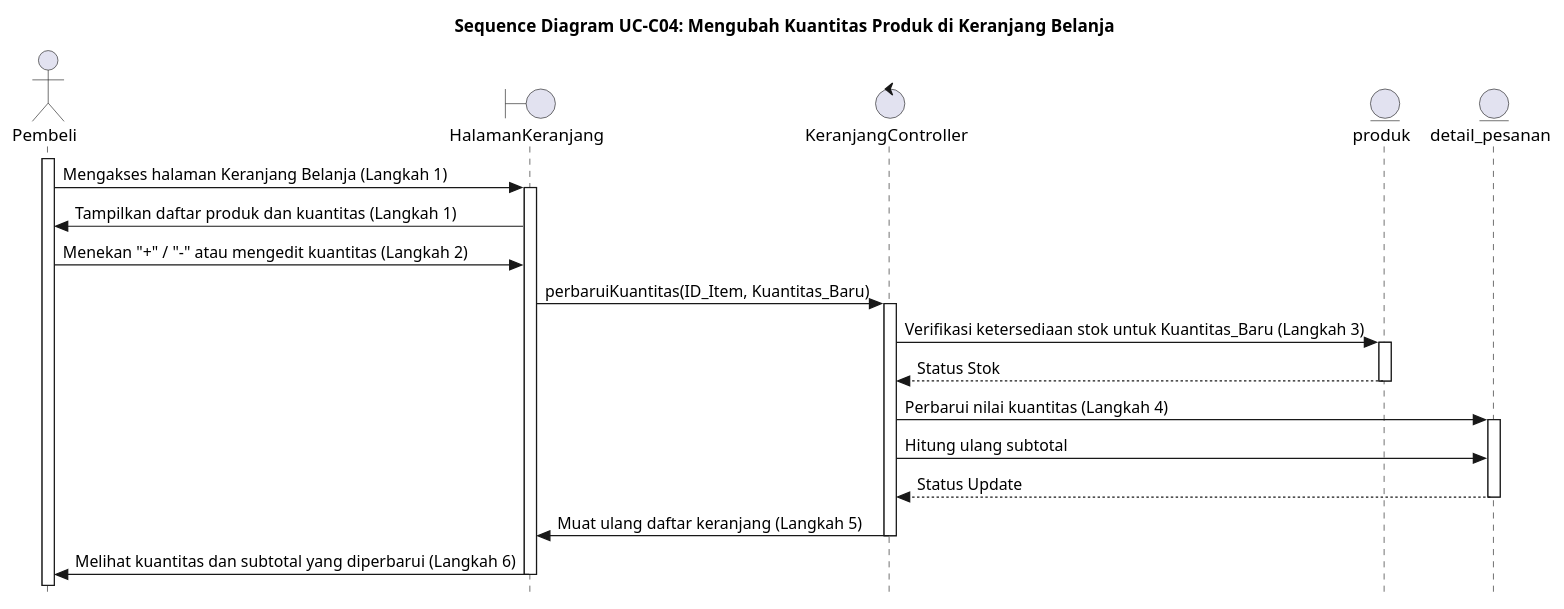
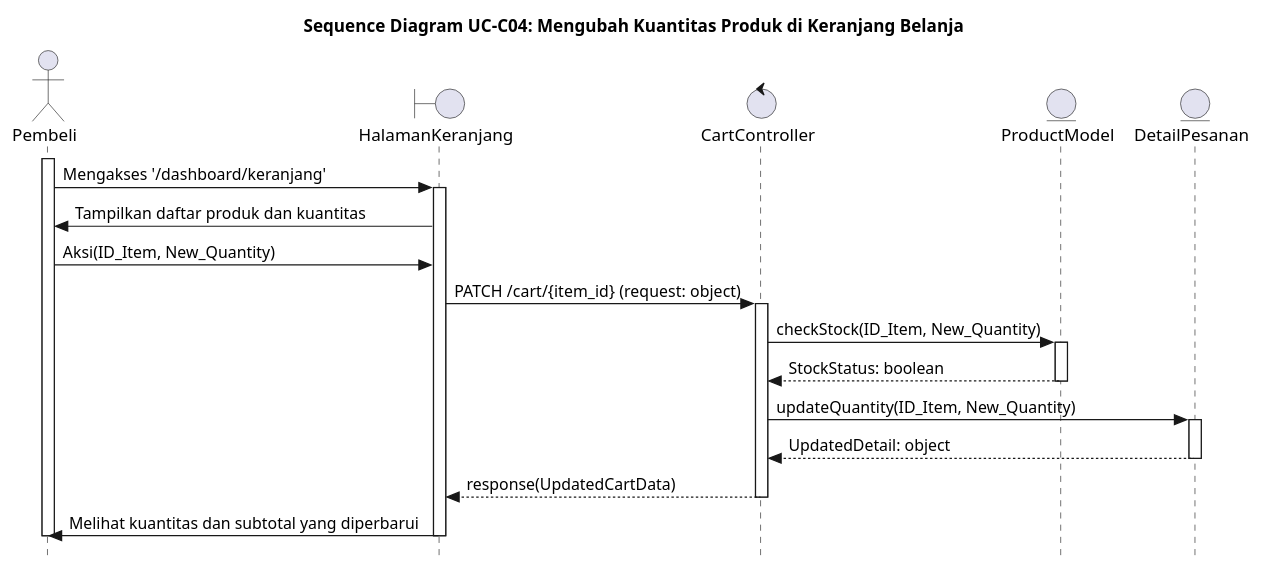
One commit to alfiahnurfa/RSI-PROYEK-AKHIR-SEQUENCE changed the diagram in UC-C04.PUML. Above: the diagram before and after it, drawn with PlantUML. The commit also changed 60 other files, not shown here.

```diff
--- a/UC-C04.PUML
+++ b/UC-C04.PUML
@@ -1,62 +1,38 @@
 @startuml SD-UC-C04_UbahKuantitas
 title Sequence Diagram UC-C04: Mengubah Kuantitas Produk di Keranjang Belanja
 skinparam style strictuml
 
 actor Pembeli
 boundary HalamanKeranjang
-control KeranjangController
-entity produk
-entity detail_pesanan
-' box "Sistem Inventaris & Transaksi"
-'     participant HalamanKeranjang
-'     participant KeranjangController
-' end box
+control CartController
+entity ProductModel
+entity DetailPesanan
 
 activate Pembeli
-Pembeli -> HalamanKeranjang : Mengakses halaman Keranjang Belanja (Langkah 1)
+Pembeli -> HalamanKeranjang : Mengakses '/dashboard/keranjang'
 activate HalamanKeranjang
-HalamanKeranjang -> Pembeli : Tampilkan daftar produk dan kuantitas (Langkah 1)
+HalamanKeranjang -> Pembeli : Tampilkan daftar produk dan kuantitas
 
-Pembeli -> HalamanKeranjang : Menekan "+" / "-" atau mengedit kuantitas (Langkah 2)
+Pembeli -> HalamanKeranjang : Aksi(ID_Item, New_Quantity)
 
-HalamanKeranjang -> KeranjangController : perbaruiKuantitas(ID_Item, Kuantitas_Baru)
-activate KeranjangController
+HalamanKeranjang -> CartController : PATCH /cart/{item_id} (request: object)
+activate CartController
 
-KeranjangController -> produk : Verifikasi ketersediaan stok untuk Kuantitas_Baru (Langkah 3)
-activate produk
-return Status Stok
+CartController -> ProductModel : checkStock(ID_Item, New_Quantity)
+activate ProductModel
+ProductModel --> CartController : StockStatus: boolean
+deactivate ProductModel
 
-KeranjangController -> detail_pesanan : Perbarui nilai kuantitas (Langkah 4)
-activate detail_pesanan
+CartController -> DetailPesanan : updateQuantity(ID_Item, New_Quantity)
+activate DetailPesanan
+DetailPesanan --> CartController : UpdatedDetail: object
+deactivate DetailPesanan
 
-KeranjangController -> detail_pesanan : Hitung ulang subtotal
+CartController --> HalamanKeranjang : response(UpdatedCartData)
+deactivate CartController
 
-detail_pesanan --> KeranjangController : Status Update
-deactivate detail_pesanan
-
-KeranjangController -> HalamanKeranjang : Muat ulang daftar keranjang (Langkah 5)
-deactivate KeranjangController
-
-HalamanKeranjang -> Pembeli : Melihat kuantitas dan subtotal yang diperbarui (Langkah 6)
-    
-' alt Stok Tidak Mencukupi (Alternative Flow 3.a)
-'     note over KeranjangController
-'         Kuantitas baru > Stok tersedia
-'     end note
-'     KeranjangController -> HalamanKeranjang : Tampilkan notifikasi("Gagal: Stok Produk Tidak Mencukupi.") (Langkah 4.a)
-'     deactivate KeranjangController
-
-'     HalamanKeranjang -> Pembeli : Menerima notifikasi gagal (Langkah 5.a)
-    
-'     note over Pembeli, HalamanKeranjang
-'         Memperbaiki kuantitas (Langkah 5.a)
-'         Kembali ke Langkah 2 (Langkah 5.b)
-'     end note
-' else Stok Mencukupi (Main Flow)
-
-' end alt
-
+HalamanKeranjang -> Pembeli : Melihat kuantitas dan subtotal yang diperbarui
 deactivate HalamanKeranjang
-deactivate produk
+deactivate Pembeli
 
 @enduml
```
